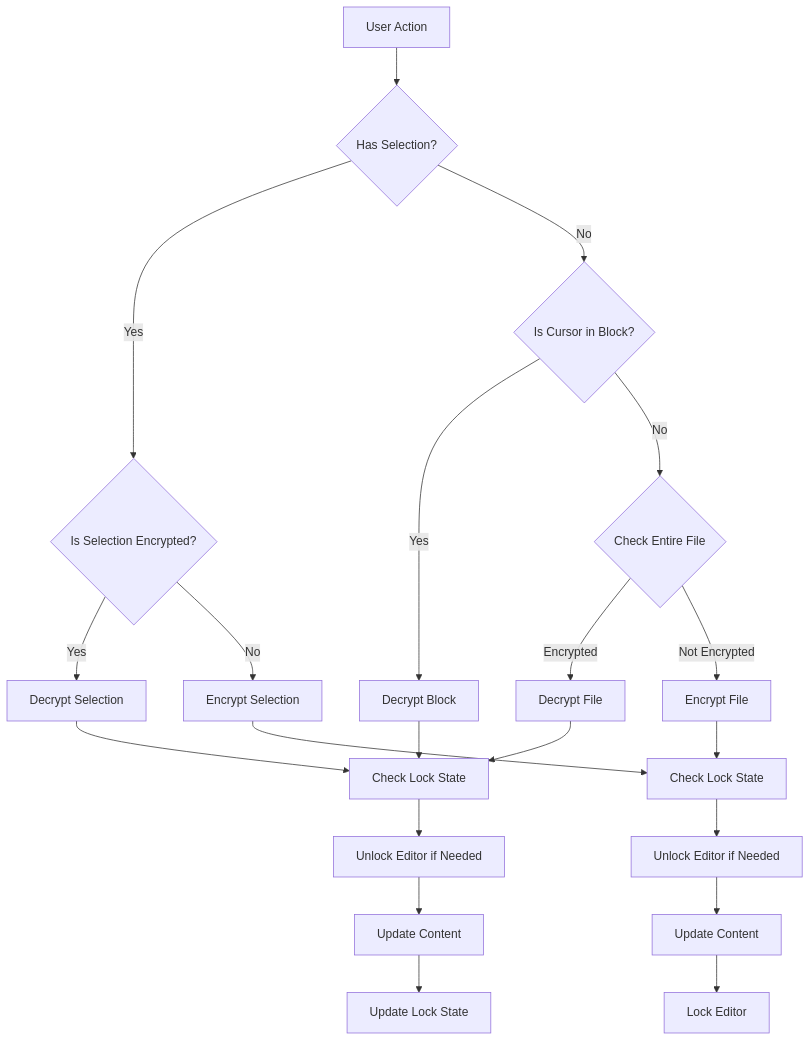
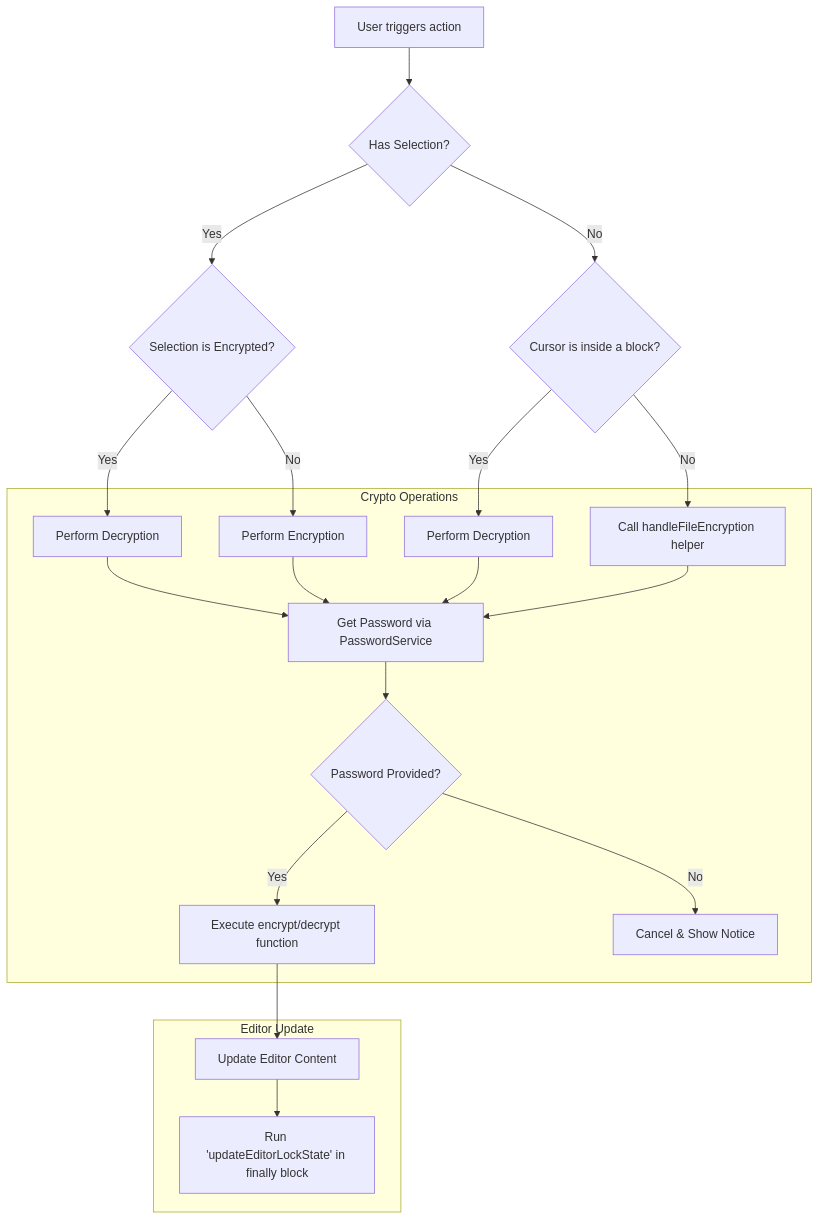
One commit to nader-web/obsidian_encryptor changed the second of 5 diagrams in docs/flows.md. Above: the diagram before and after it, drawn with Mermaid. The commit also changed other lines of this file and 3 other files, not shown here.

Commit message:
refactor: Move password prompt functionality to PasswordService and streamline encryption/decryption logic

````diff
--- a/docs/flows.md
+++ b/docs/flows.md
@@ -18,25 +37,25 @@
 ```mermaid
 flowchart TD
-    A[User Action] --> B{Has Selection?}
-    B -->|Yes| C{Is Selection Encrypted?}
-    B -->|No| D{Is Cursor in Block?}
-    
-    C -->|Yes| E[Decrypt Selection]
-    C -->|No| F[Encrypt Selection]
-    
-    D -->|Yes| G[Decrypt Block]
-    D -->|No| H{Check Entire File}
-    
-    H -->|Encrypted| I[Decrypt File]
-    H -->|Not Encrypted| J[Encrypt File]
-    
-    E & G & I --> K[Check Lock State]
-    K --> L[Unlock Editor if Needed]
-    L --> M[Update Content]
-    M --> N[Update Lock State]
-    
-    F & J --> O[Check Lock State]
-    O --> P[Unlock Editor if Needed]
-    P --> Q[Update Content]
-    Q --> R[Lock Editor]
+    A[User triggers action] --> B{Has Selection?}
+    B -->|Yes| C{Selection is Encrypted?}
+    B -->|No| D{Cursor is inside a block?}
+
+    C -->|Yes| E[Perform Decryption]
+    C -->|No| F[Perform Encryption]
+
+    D -->|Yes| G[Perform Decryption]
+    D -->|No| H[Call handleFileEncryption helper]
+
+    subgraph Crypto Operations
+        E & G & H --> I[Get Password via PasswordService]
+        F --> I
+        I --> J{Password Provided?}
+        J -->|Yes| K[Execute encrypt/decrypt function]
+        J -->|No| L[Cancel & Show Notice]
+    end
+
+    subgraph Editor Update
+      K --> M[Update Editor Content]
+      M --> N[Run 'updateEditorLockState' in finally block]
+    end
 ```
````
